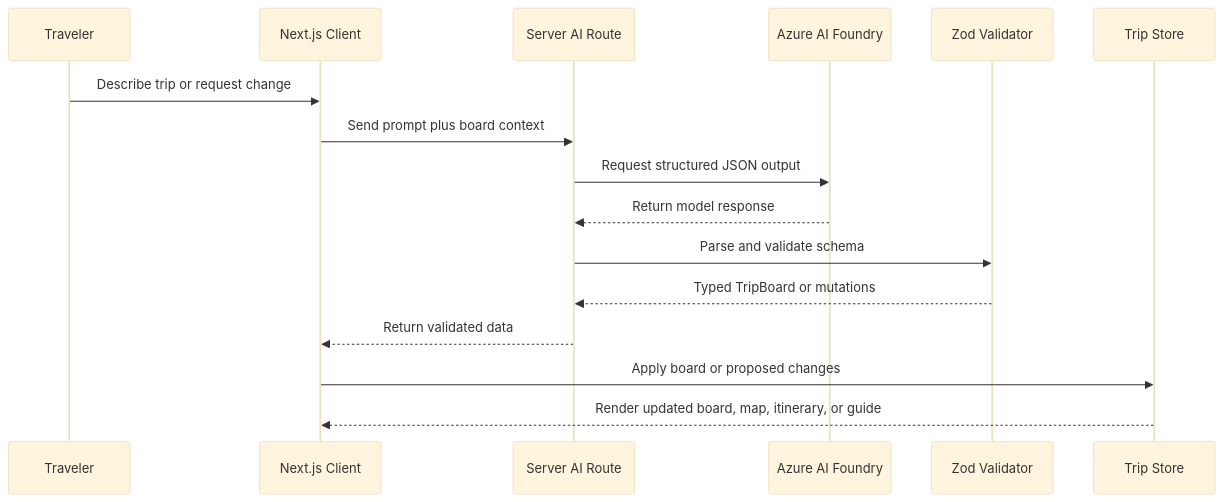
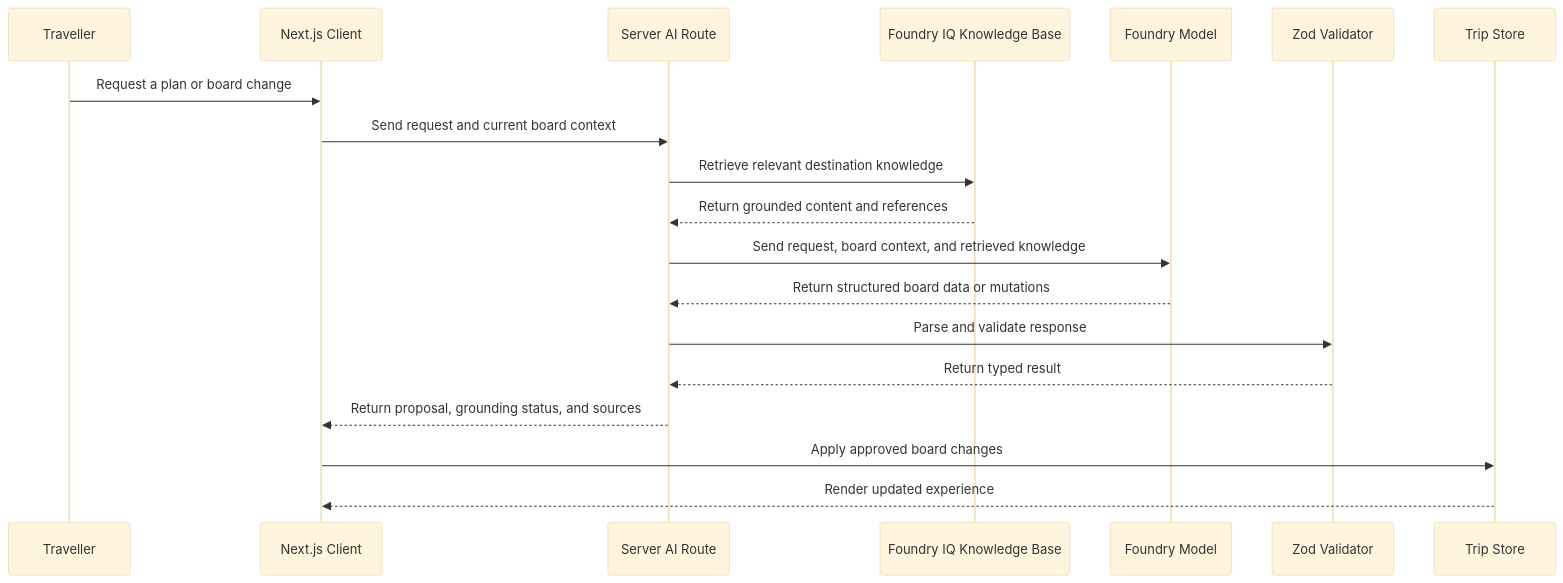
One commit to louisemalvin/wanderboard-proto changed the third of 3 diagrams in README.md. Above: the diagram before and after it, drawn with Mermaid (base theme). The commit also changed other lines of this file and 5 other files, not shown here.

Commit message:
docs: overhaul README with Foundry IQ architecture, demo flow, and updated structure

````diff
--- a/README.md
+++ b/README.md
@@ -104,19 +257,22 @@
 ```mermaid
 sequenceDiagram
-  participant U as Traveler
+  participant U as Traveller
   participant C as Next.js Client
   participant R as Server AI Route
-  participant A as Azure AI Foundry
+  participant K as Foundry IQ Knowledge Base
+  participant M as Foundry Model
   participant V as Zod Validator
   participant S as Trip Store
 
-  U->>C: Describe trip or request change
-  C->>R: Send prompt plus board context
-  R->>A: Request structured JSON output
-  A-->>R: Return model response
-  R->>V: Parse and validate schema
-  V-->>R: Typed TripBoard or mutations
-  R-->>C: Return validated data
-  C->>S: Apply board or proposed changes
-  S-->>C: Render updated board, map, itinerary, or guide
+  U->>C: Request a plan or board change
+  C->>R: Send request and current board context
+  R->>K: Retrieve relevant destination knowledge
+  K-->>R: Return grounded content and references
+  R->>M: Send request, board context, and retrieved knowledge
+  M-->>R: Return structured board data or mutations
+  R->>V: Parse and validate response
+  V-->>R: Return typed result
+  R-->>C: Return proposal, grounding status, and sources
+  C->>S: Apply approved board changes
+  S-->>C: Render updated experience
 ```
````
